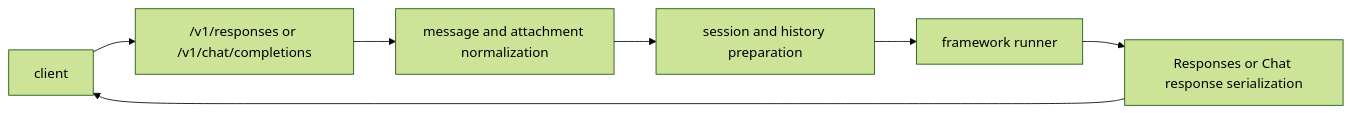
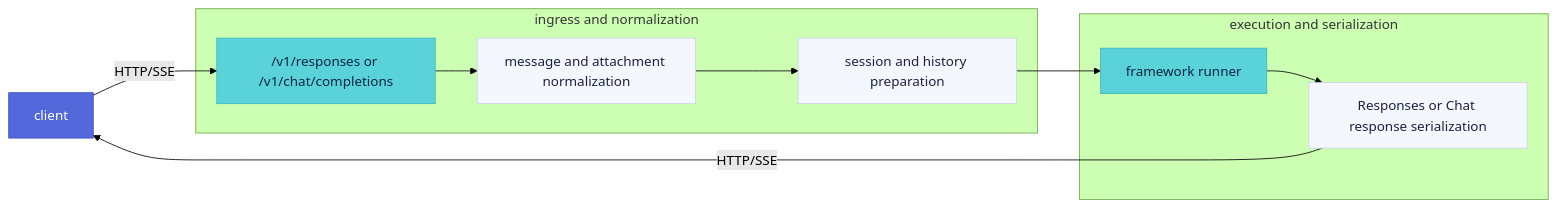
The second of 2 diagrams in docs-site/content/docs/references/openai-compatible-api.en.mdx (kingsoftcloud/ksadk-python), drawn with Mermaid (forest theme) before and after one commit. The commit also changed other lines of this file and 33 other files, not shown here.

````diff
--- a/docs-site/content/docs/references/openai-compatible-api.en.mdx
+++ b/docs-site/content/docs/references/openai-compatible-api.en.mdx
@@ -389,9 +496,26 @@
 ```mermaid
 flowchart LR
-  Client["client"] --> API["/v1/responses or /v1/chat/completions"]
+  Client["client"] -->|HTTP/SSE| API["/v1/responses or /v1/chat/completions"]
   API --> Normalize["message and attachment normalization"]
   Normalize --> Session["session and history preparation"]
   Session --> Runner["framework runner"]
   Runner --> Serialize["Responses or Chat response serialization"]
-  Serialize --> Client
+  Serialize -->|HTTP/SSE| Client
+
+  subgraph ingress["ingress and normalization"]
+    API
+    Normalize
+    Session
+  end
+  subgraph exec["execution and serialization"]
+    Runner
+    Serialize
+  end
+
+  classDef brand fill:#5368db,stroke:#3b4cc7,color:#fff
+  classDef accent fill:#59d3d9,stroke:#3fb8be,color:#0a2540
+  classDef neutral fill:#f5f7ff,stroke:#c9d2f5,color:#1a2240
+  class Client brand
+  class API,Runner accent
+  class Normalize,Session,Serialize neutral
 ```
````
